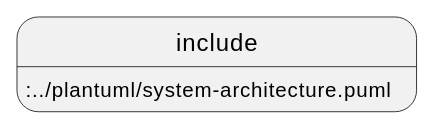
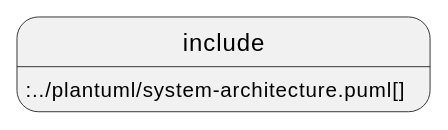
Before and after one commit to htl-leonding-project/franklyn-quarkus: the first of 2 diagrams in docs/asciidocs/technology-architecture/system-specification.adoc, drawn with PlantUML. The commit also changed other lines of this file, not shown here.

Commit message:
please work

```diff
--- a/docs/asciidocs/technology-architecture/system-specification.adoc
+++ b/docs/asciidocs/technology-architecture/system-specification.adoc
@@ -4,4 +4,4 @@
 [plantuml,img1,svg]
 ----
-include::../plantuml/system-architecture.puml
+include::../plantuml/system-architecture.puml[]
 ----
```
